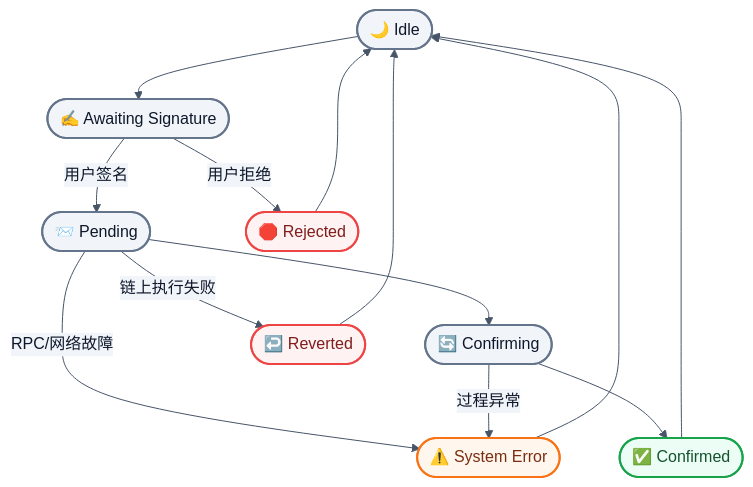
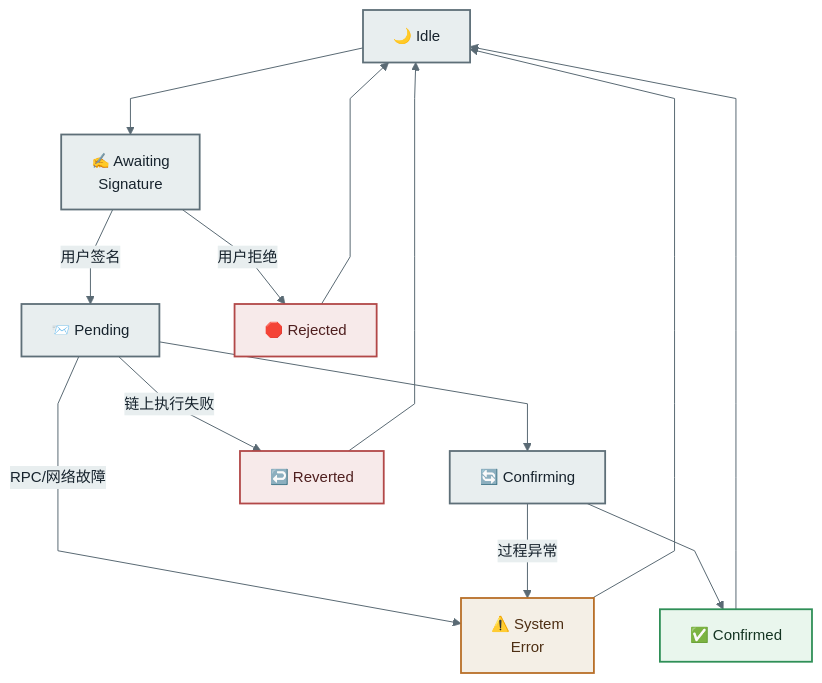
Before and after one commit to sunshineluyao/Moss-Mcp-Transaction: the seventh of 8 diagrams in README.md, drawn with Mermaid. The commit also changed other lines of this file, not shown here.

Commit message:
docs: improve mermaid readability and dark-light harmony

````diff
--- a/README.md
+++ b/README.md
@@ -636,28 +636,28 @@
 ```mermaid
-%%{init: {'theme':'base','themeVariables': {'fontFamily':'Trebuchet MS, Segoe UI, sans-serif','primaryColor':'#f8fafc','primaryBorderColor':'#64748b','primaryTextColor':'#0f172a','lineColor':'#475569','secondaryColor':'#f1f5f9','tertiaryColor':'#ffffff'}}}%%
+%%{init: {'theme':'base','flowchart': {'htmlLabels': true, 'nodeSpacing': 56, 'rankSpacing': 72, 'curve': 'linear'},'themeVariables': {'fontFamily':'Trebuchet MS, Segoe UI, sans-serif','fontSize':'15px','primaryColor':'#eef2f4','primaryBorderColor':'#5e6f78','primaryTextColor':'#17232d','lineColor':'#5a6a74','secondaryColor':'#e8eeef','tertiaryColor':'#f7f8f8'}}}%%
 flowchart TB
-  Idle([🌙 Idle]) --> Awaiting([✍️ Awaiting Signature])
-  Awaiting -->|用户签名| Pending([📨 Pending])
-  Awaiting -->|用户拒绝| Rejected([🛑 Rejected])
+  Idle["🌙 Idle"] --> Awaiting["✍️ Awaiting<br/>Signature"]
+  Awaiting -->|用户签名| Pending["📨 Pending"]
+  Awaiting -->|用户拒绝| Rejected["🛑 Rejected"]
 
-  Pending --> Confirming([🔄 Confirming])
-  Confirming --> Confirmed([✅ Confirmed])
-  Pending -->|链上执行失败| Reverted([↩️ Reverted])
-  Pending -->|RPC/网络故障| SystemError([⚠️ System Error])
+  Pending --> Confirming["🔄 Confirming"]
+  Confirming --> Confirmed["✅ Confirmed"]
+  Pending -->|链上执行失败| Reverted["↩️ Reverted"]
+  Pending -->|RPC/网络故障| SystemError["⚠️ System<br/>Error"]
   Confirming -->|过程异常| SystemError
 
   Rejected --> Idle
   Reverted --> Idle
   SystemError --> Idle
   Confirmed --> Idle
 
-  classDef neutral fill:#f1f5f9,stroke:#64748b,stroke-width:2px,color:#0f172a;
-  classDef success fill:#ecfdf5,stroke:#16a34a,stroke-width:2px,color:#14532d;
-  classDef danger fill:#fef2f2,stroke:#ef4444,stroke-width:2px,color:#7f1d1d;
-  classDef warn fill:#fff7ed,stroke:#f97316,stroke-width:2px,color:#7c2d12;
+  classDef neutral fill:#e8eeef,stroke:#5e6f78,stroke-width:1.8px,color:#17232d;
+  classDef success fill:#e9f6ed,stroke:#2f8f57,stroke-width:1.8px,color:#153523;
+  classDef danger fill:#f7eaea,stroke:#b24848,stroke-width:1.8px,color:#4f1f1f;
+  classDef warn fill:#f4efe6,stroke:#b86f28,stroke-width:1.8px,color:#4d2e13;
 
   class Idle,Awaiting,Pending,Confirming neutral;
   class Confirmed success;
   class Rejected,Reverted danger;
   class SystemError warn;
 ```
````
